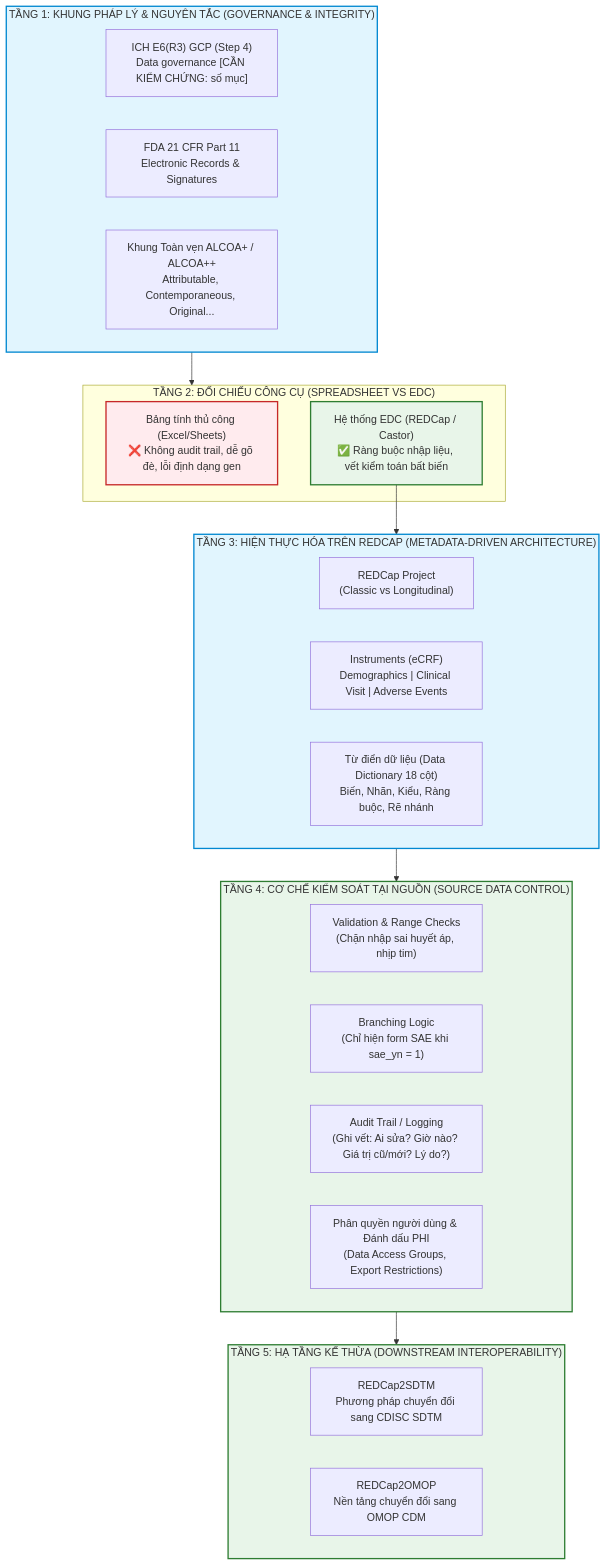
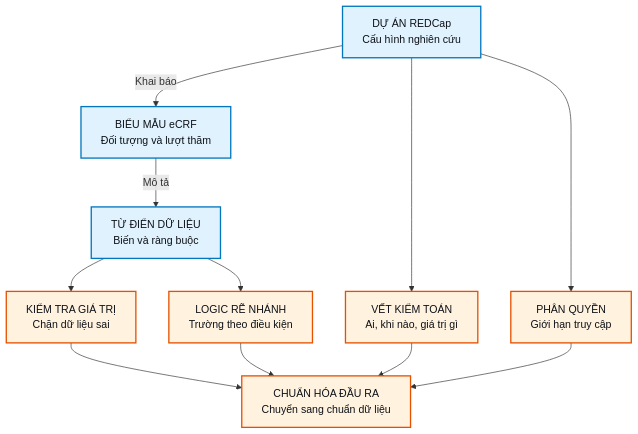
One commit to fossbk-spec/biomedical-rdm-course changed the second of 3 diagrams in course/book/ch02.md. Above: the diagram before and after it, drawn with Mermaid. The commit also changed other lines of this file and 4 other files, not shown here.

Commit message:
sync: redesigned Mermaid diagrams (ch01-ch03, ch05); strip stray HTML tags in diagram labels

````diff
--- a/course/book/ch02.md
+++ b/course/book/ch02.md
@@ -34,43 +54,22 @@
 ```mermaid
 flowchart TD
-    subgraph ST["TẦNG 1: KHUNG PHÁP LÝ & NGUYÊN TẮC (GOVERNANCE & INTEGRITY)"]
-        GCP["ICH E6(R3) GCP (Step 4)<br/>Data governance [CẦN KIỂM CHỨNG: số mục]"]
-        CFR["FDA 21 CFR Part 11<br/>Electronic Records & Signatures"]
-        ALCOA["Khung Toàn vẹn ALCOA+ / ALCOA++<br/>Attributable, Contemporaneous, Original..."]
-    end
+    PROJ["DỰ ÁN REDCap<br/>Cấu hình nghiên cứu"] -->|"Khai báo"| FORM["BIỂU MẪU eCRF<br/>Đối tượng và lượt thăm"]
+    FORM -->|"Mô tả"| DD["TỪ ĐIỂN DỮ LIỆU<br/>Biến và ràng buộc"]
+    DD --> VAL["KIỂM TRA GIÁ TRỊ<br/>Chặn dữ liệu sai"]
+    DD --> LOGIC["LOGIC RẼ NHÁNH<br/>Trường theo điều kiện"]
+    PROJ --> AUDIT["VẾT KIỂM TOÁN<br/>Ai, khi nào, giá trị gì"]
+    PROJ --> RBAC["PHÂN QUYỀN<br/>Giới hạn truy cập"]
+    VAL --> STD["CHUẨN HÓA ĐẦU RA<br/>Chuyển sang chuẩn dữ liệu"]
+    LOGIC --> STD
+    AUDIT --> STD
+    RBAC --> STD
 
-    subgraph RISK["TẦNG 2: ĐỐI CHIẾU CÔNG CỤ (SPREADSHEET VS EDC)"]
-        EXCEL["Bảng tính thủ công (Excel/Sheets)<br/>❌ Không audit trail, dễ gõ đè, lỗi định dạng gen"]
-        EDC["Hệ thống EDC (REDCap / Castor)<br/>✅ Ràng buộc nhập liệu, vết kiểm toán bất biến"]
-    end
+    classDef lawStyle fill:#E8EAF6,stroke:#283593,stroke-width:2px,color:#0D1117;
+    classDef archStyle fill:#E0F2FE,stroke:#0277BD,stroke-width:2px,color:#0D1117;
+    classDef techStyle fill:#FFF3E0,stroke:#E65100,stroke-width:2px,color:#0D1117;
+    classDef mathStyle fill:#E8F5E9,stroke:#2E7D32,stroke-width:2px,color:#0D1117;
+    classDef warnStyle fill:#FFEBEE,stroke:#C62828,stroke-width:2px,color:#0D1117;
 
-    subgraph REDCAP["TẦNG 3: HIỆN THỰC HÓA TRÊN REDCAP (METADATA-DRIVEN ARCHITECTURE)"]
-        PROJ["REDCap Project<br/>(Classic vs Longitudinal)"]
-        INST["Instruments (eCRF)<br/>Demographics | Clinical Visit | Adverse Events"]
-        DD["Từ điển dữ liệu (Data Dictionary 18 cột)<br/>Biến, Nhãn, Kiểu, Ràng buộc, Rẽ nhánh"]
-    end
-
-    subgraph CTRL["TẦNG 4: CƠ CHẾ KIỂM SOÁT TẠI NGUỒN (SOURCE DATA CONTROL)"]
-        VAL["Validation & Range Checks<br/>(Chặn nhập sai huyết áp, nhịp tim)"]
-        BR["Branching Logic<br/>(Chỉ hiện form SAE khi sae_yn = 1)"]
-        AUDIT["Audit Trail / Logging<br/>(Ghi vết: Ai sửa? Giờ nào? Giá trị cũ/mới? Lý do?)"]
-        RBAC["Phân quyền người dùng & Đánh dấu PHI<br/>(Data Access Groups, Export Restrictions)"]
-    end
-
-    subgraph DOWN["TẦNG 5: HẠ TẦNG KẾ THỪA (DOWNSTREAM INTEROPERABILITY)"]
-        SDTM["REDCap2SDTM<br/>Phương pháp chuyển đổi sang CDISC SDTM"]
-        OMOP["REDCap2OMOP<br/>Nền tảng chuyển đổi sang OMOP CDM"]
-    end
-
-    ST --> RISK
-    EDC --> REDCAP
-    REDCAP --> CTRL
-    CTRL --> DOWN
-
-    classDef primary fill:#e1f5fe,stroke:#0288d1,stroke-width:2px;
-    classDef warn fill:#ffebee,stroke:#c62828,stroke-width:2px;
-    classDef success fill:#e8f5e9,stroke:#2e7d32,stroke-width:2px;
-    class ST,REDCAP primary;
-    class EXCEL warn;
-    class EDC,CTRL,DOWN success;
+    class PROJ,FORM,DD archStyle;
+    class VAL,LOGIC,AUDIT,RBAC,STD techStyle;
 ```
````
